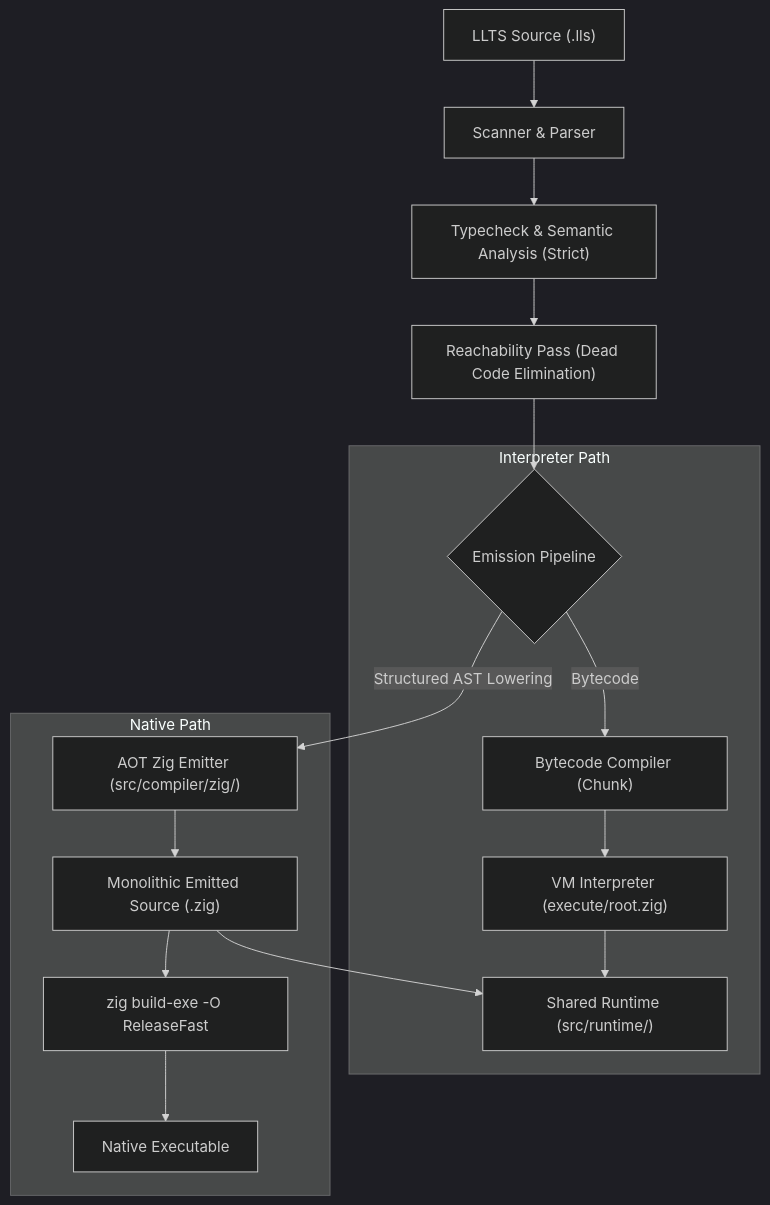
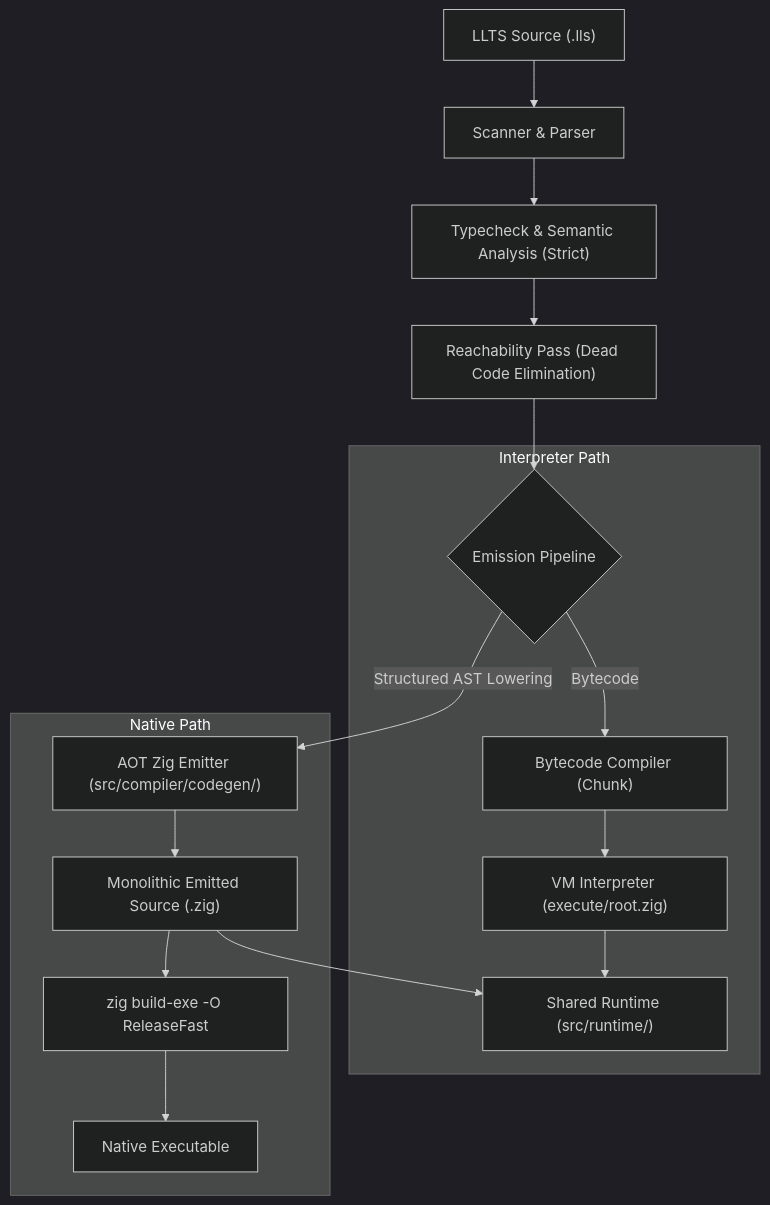
One commit to Judeadeniji/llts changed the diagram in docs/native-backend.md. Above: the diagram before and after it, drawn with Mermaid (dark theme). The commit also changed other lines of this file and 12 other files, not shown here.

First line of the commit message:
feat(zig): lower @switch and @for; split codegen emitter

````diff
--- a/docs/native-backend.md
+++ b/docs/native-backend.md
@@ -84,21 +84,21 @@
 ```mermaid
 flowchart TD
     A["LLTS Source (.lls)"] --> B["Scanner & Parser"]
     B --> C["Typecheck & Semantic Analysis (Strict)"]
     C --> D["Reachability Pass (Dead Code Elimination)"]
     D --> E{"Emission Pipeline"}
     
     subgraph "Interpreter Path"
         E -->|"Bytecode"| F["Bytecode Compiler (Chunk)"]
         F --> G["VM Interpreter (execute/root.zig)"]
         G --> H["Shared Runtime (src/runtime/)"]
     end
     
     subgraph "Native Path"
-        E -->|"Structured AST Lowering"| I["AOT Zig Emitter (src/compiler/zig/)"]
+        E -->|"Structured AST Lowering"| I["AOT Zig Emitter (src/compiler/codegen/)"]
         I --> J["Monolithic Emitted Source (.zig)"]
         J --> H["Shared Runtime (src/runtime/)"]
         J --> K["zig build-exe -O ReleaseFast"]
         K --> L["Native Executable"]
     end
 ```
````
